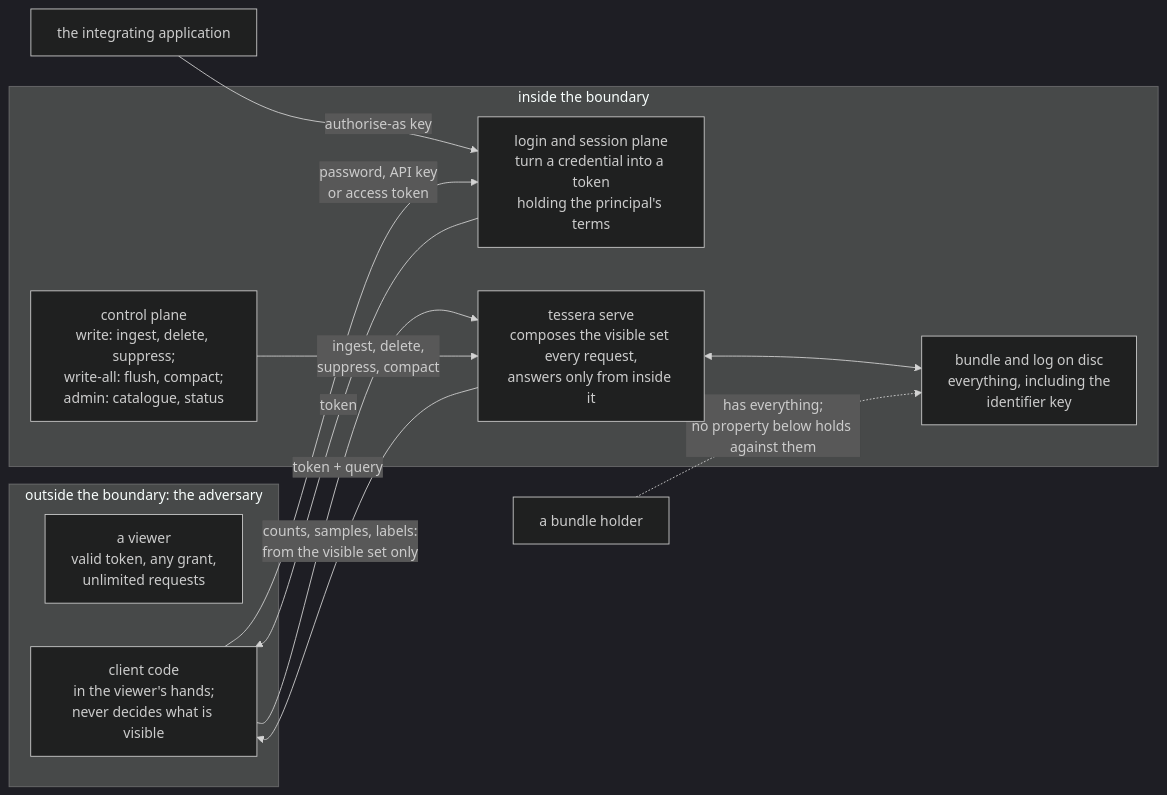
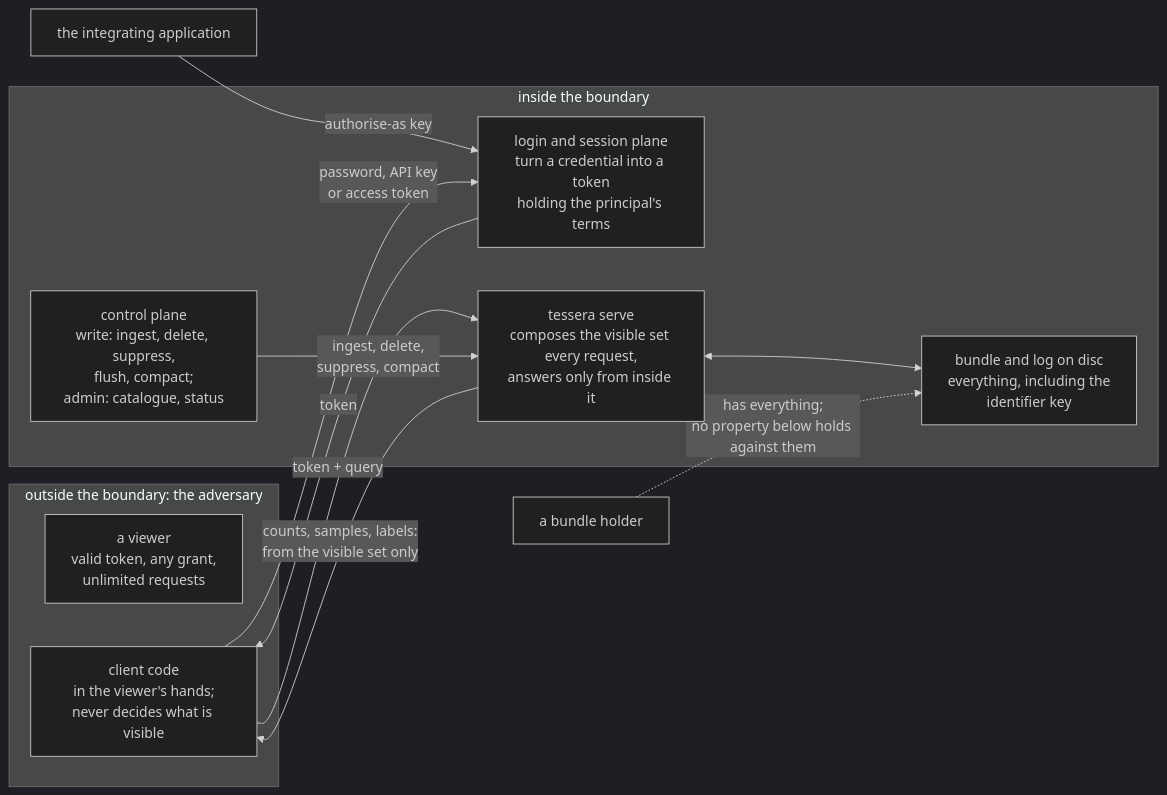
Before and after one commit to jennis0/tesseradb: the diagram in docs/system/security.md, drawn with Mermaid (dark theme). The commit also changed other lines of this file and 8 other files, not shown here.

First line of the commit message:
Let write flush and compact, and document what unmasked writes grant

````diff
--- a/docs/system/security.md
+++ b/docs/system/security.md
@@ -70,24 +72,24 @@
 ```mermaid
 flowchart LR
   subgraph untrusted["outside the boundary: the adversary"]
     viewer["a viewer<br/>valid token, any grant,<br/>unlimited requests"]
     client["client code<br/>in the viewer's hands;<br/>never decides what is visible"]
   end
 
   subgraph trusted["inside the boundary"]
     session["login and session plane<br/>turn a credential into a token<br/>holding the principal's terms"]
     serve["tessera serve<br/>composes the visible set every request,<br/>answers only from inside it"]
-    control["control plane<br/>write: ingest, delete, suppress;<br/>write-all: flush, compact;<br/>admin: catalogue, status"]
+    control["control plane<br/>write: ingest, delete, suppress,<br/>flush, compact;<br/>admin: catalogue, status"]
     bundle["bundle and log on disc<br/>everything, including the<br/>identifier key"]
   end
 
   issuer["the integrating application"] -- "authorise-as key" --> session
   client -- "password, API key<br/>or access token" --> session
   session -- "token" --> client
   client -- "token + query" --> serve
   serve -- "counts, samples, labels:<br/>from the visible set only" --> client
   control -- "ingest, delete,<br/>suppress, compact" --> serve
   serve <--> bundle
 
   holder["a bundle holder"] -. "has everything;<br/>no property below holds against them" .-> bundle
 ```
````
